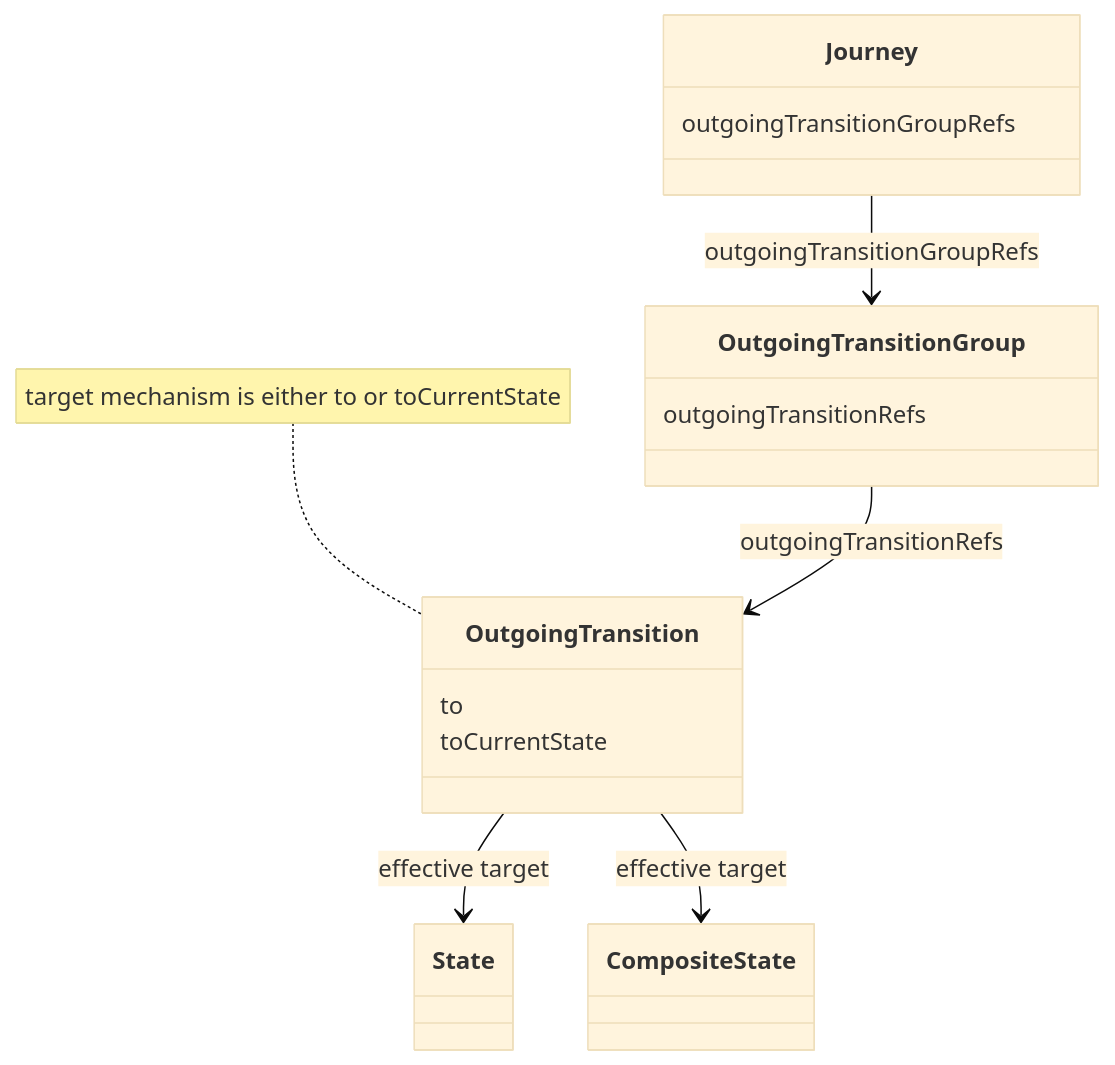
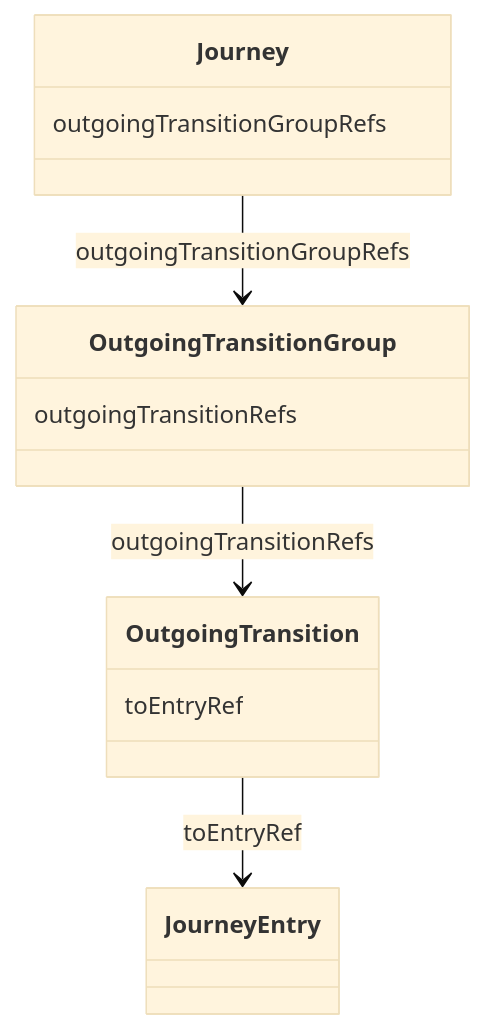
One commit to openuji/spec-ujg changed diagram 12 of 13 in specs/ed/graph/index.md. Above: the diagram before and after it, drawn with Mermaid (base theme). The commit also changed other lines of this file and 29 other files, not shown here.

````diff
--- a/specs/ed/graph/index.md
+++ b/specs/ed/graph/index.md
@@ -910,21 +976,17 @@
 ```mermaid
 classDiagram
   class Journey {
     outgoingTransitionGroupRefs
   }
   class OutgoingTransitionGroup {
     outgoingTransitionRefs
   }
   class OutgoingTransition {
-    to
-    toCurrentState
+    toEntryRef
   }
-  class State
-  class CompositeState
+  class JourneyEntry
 
   Journey --> OutgoingTransitionGroup : outgoingTransitionGroupRefs
   OutgoingTransitionGroup --> OutgoingTransition : outgoingTransitionRefs
-  OutgoingTransition --> State : effective target
-  OutgoingTransition --> CompositeState : effective target
-  note for OutgoingTransition "target mechanism is either to or toCurrentState"
+  OutgoingTransition --> JourneyEntry : toEntryRef
 ```
````
